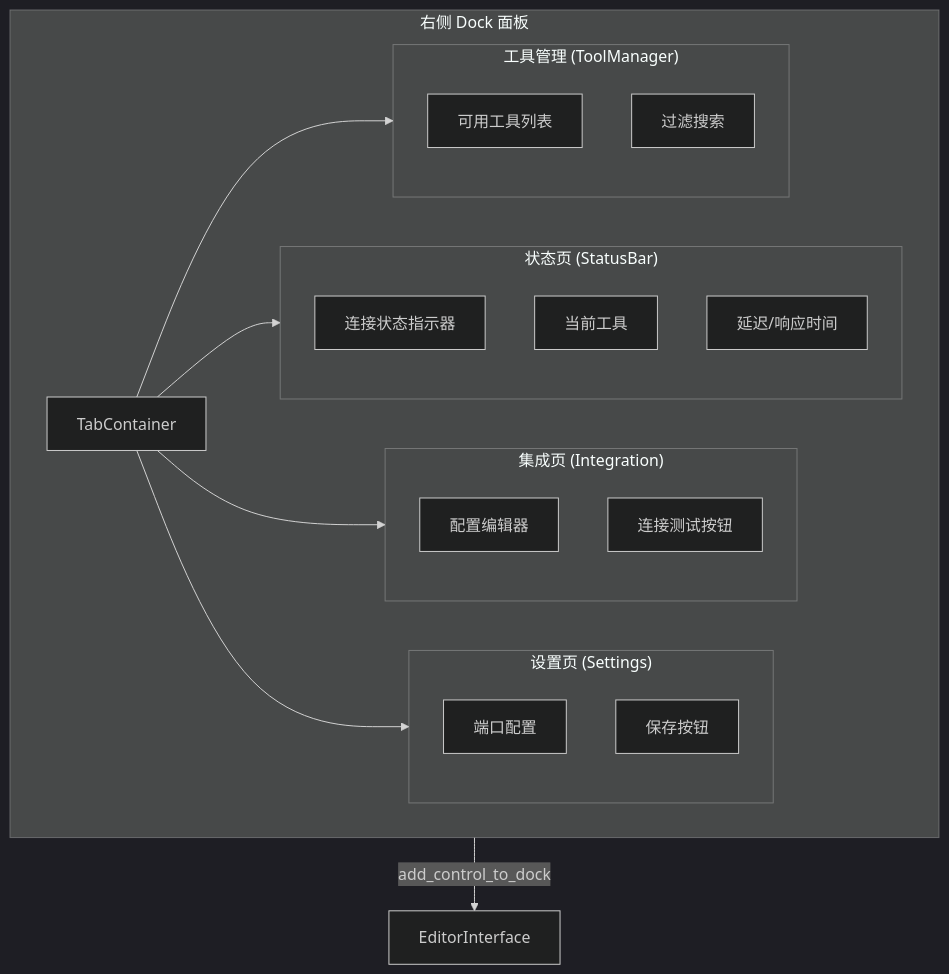
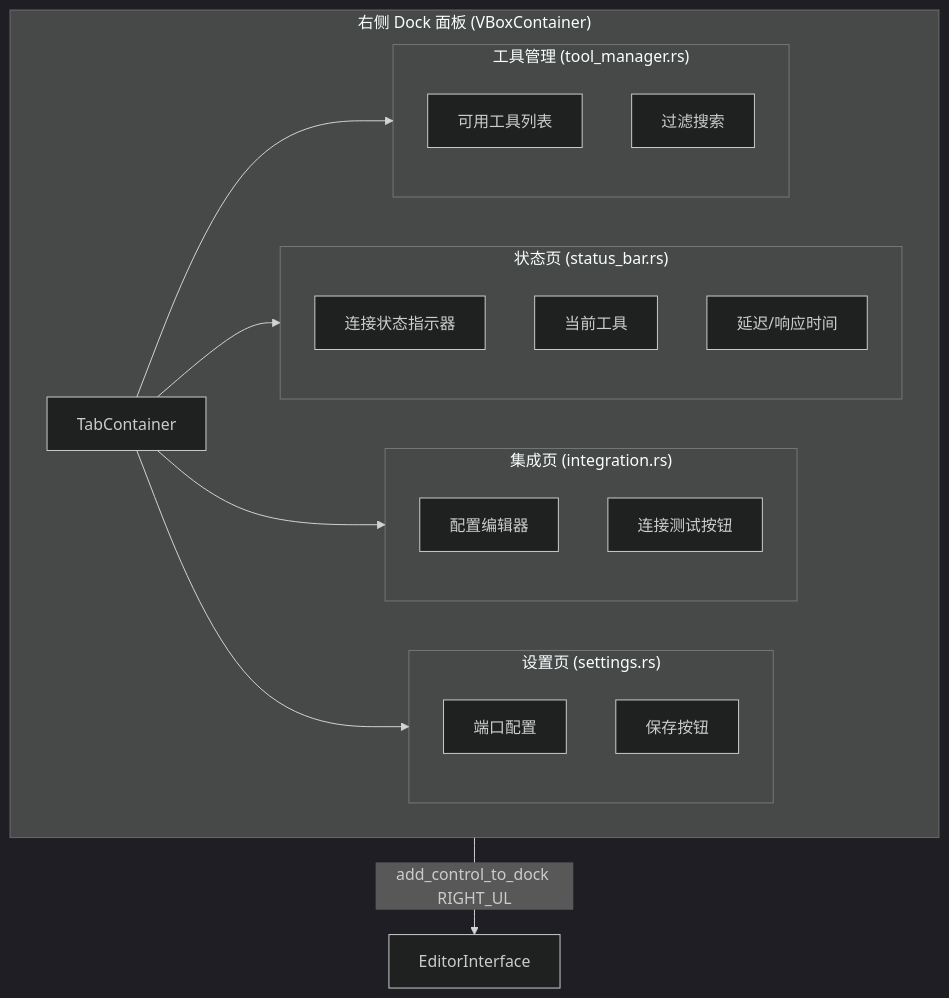
The diagram in .repo_wiki/modules/dock-ui.md (jesspig/GodotMCP-GDExtension), drawn with Mermaid (dark theme) before and after one commit. The commit also changed other lines of this file and 20 other files, not shown here.

````diff
--- a/.repo_wiki/modules/dock-ui.md
+++ b/.repo_wiki/modules/dock-ui.md
@@ -5,34 +5,34 @@
 ```mermaid
 flowchart TD
-    subgraph DOCK["右侧 Dock 面板"]
+    subgraph DOCK["右侧 Dock 面板 (VBoxContainer)"]
         TAB["TabContainer"]
         
-        subgraph TAB1["状态页 (StatusBar)"]
+        subgraph TAB1["状态页 (status_bar.rs)"]
             S_CONN["连接状态指示器"]
             S_TOOL["当前工具"]
             S_LAT["延迟/响应时间"]
         end
         
-        subgraph TAB2["集成页 (Integration)"]
+        subgraph TAB2["集成页 (integration.rs)"]
             I_SET["配置编辑器"]
             I_TEST["连接测试按钮"]
         end
         
-        subgraph TAB3["设置页 (Settings)"]
+        subgraph TAB3["设置页 (settings.rs)"]
             SET_PORT["端口配置"]
             SET_SAVE["保存按钮"]
         end
         
-        subgraph TAB4["工具管理 (ToolManager)"]
+        subgraph TAB4["工具管理 (tool_manager.rs)"]
             T_LIST["可用工具列表"]
             T_SEARCH["过滤搜索"]
         end
     end
     
-    DOCK -->|add_control_to_dock| EDITOR["EditorInterface"]
+    DOCK -->|add_control_to_dock RIGHT_UL| EDITOR["EditorInterface"]
     
     TAB --> TAB1
     TAB --> TAB2
     TAB --> TAB3
     TAB --> TAB4
 ```
````
